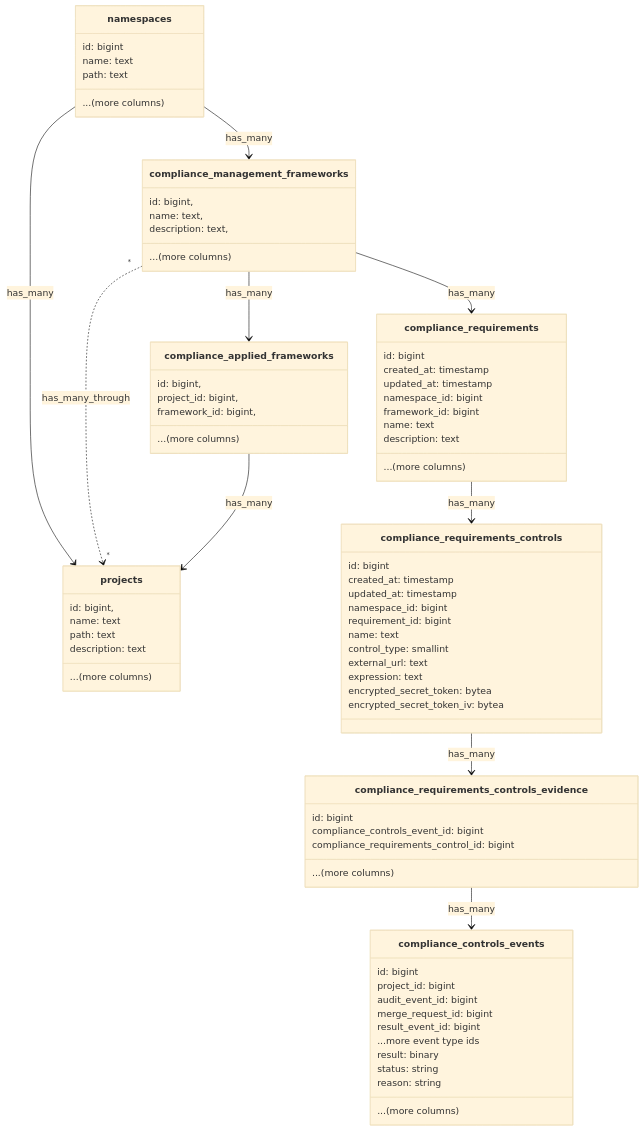
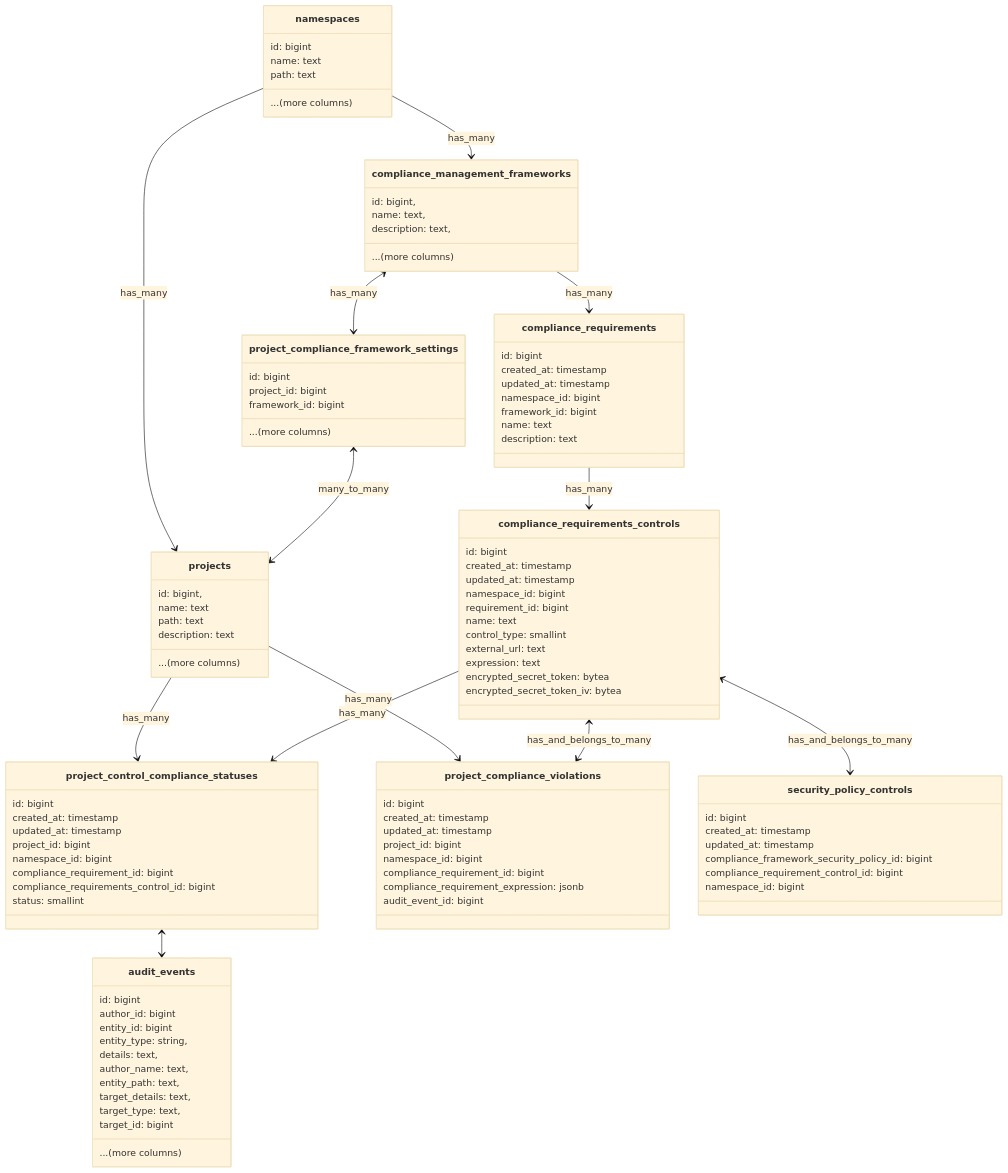
The first of 4 diagrams in content/handbook/engineering/architecture/design-documents/compliance-frameworks/_index.md (zalyoung/gitlab-handbook), drawn with Mermaid (base theme) before and after one commit. The commit also changed other lines of this file, not shown here.

Commit message:
Update database schema diagram
This updates the database schema diagram to
* include audit events and project_compliance_framework_settings tables
    This provides a more complete picture of the database schema.
* update the security_policy_requirements to security_policy_controls
    The policies are now associated with controls, not requirements.

````diff
--- a/content/handbook/engineering/architecture/design-documents/compliance-frameworks/_index.md
+++ b/content/handbook/engineering/architecture/design-documents/compliance-frameworks/_index.md
@@ -309,86 +309,113 @@
 ```mermaid
     classDiagram
-    class namespaces {
-        id: bigint
-        name: text
-        path: text
-        ...(more columns)
-    }
-    class projects {
-        id: bigint,
-        name: text
-        path: text
-        description: text
-        ...(more columns)
-    }
+        class namespaces {
+            id: bigint
+            name: text
+            path: text
+            ...(more columns)
+        }
+        class projects {
+            id: bigint,
+            name: text
+            path: text
+            description: text
+            ...(more columns)
+        }
 
-    class compliance_applied_frameworks {
-        id: bigint,
-        project_id: bigint,
-        framework_id: bigint,
-        ...(more columns)
-    }
+        class project_compliance_framework_settings {
+            id: bigint
+            project_id: bigint
+            framework_id: bigint
+            ...(more columns)
+        }
 
-    class compliance_management_frameworks {
-        id: bigint,
-        name: text,
-        description: text,
-        ...(more columns)
-    }
+        class compliance_management_frameworks {
+            id: bigint,
+            name: text,
+            description: text,
+            ...(more columns)
+        }
 
-    class compliance_requirements {
-        id: bigint
-        created_at: timestamp
-        updated_at: timestamp
-        namespace_id: bigint
-        framework_id: bigint
-        name: text
-        description: text
-        ...(more columns)
-    }
+        class compliance_requirements {
+            id: bigint
+            created_at: timestamp
+            updated_at: timestamp
+            namespace_id: bigint
+            framework_id: bigint
+            name: text
+            description: text
+        }
 
-    class compliance_requirements_controls {
-        id: bigint
-        created_at: timestamp
-        updated_at: timestamp
-        namespace_id: bigint
-        requirement_id: bigint
-        name: text
-        control_type: smallint
-        external_url: text
-        expression: text
-        encrypted_secret_token: bytea
-        encrypted_secret_token_iv: bytea
-    }
+        class compliance_requirements_controls {
+            id: bigint
+            created_at: timestamp
+            updated_at: timestamp
+            namespace_id: bigint
+            requirement_id: bigint
+            name: text
+            control_type: smallint
+            external_url: text
+            expression: text
+            encrypted_secret_token: bytea
+            encrypted_secret_token_iv: bytea
+        }
 
-    class compliance_requirements_controls_evidence {
-        id: bigint
-        compliance_controls_event_id: bigint
-        compliance_requirements_control_id: bigint
-        ...(more columns)
-    }
+        class project_control_compliance_statuses {
+            id: bigint
+            created_at: timestamp
+            updated_at: timestamp
+            project_id: bigint
+            namespace_id: bigint
+            compliance_requirement_id: bigint
+            compliance_requirements_control_id: bigint
+            status: smallint
+        }
 
-    class compliance_controls_events {
-        id: bigint
-        project_id: bigint
-        audit_event_id: bigint
-        merge_request_id: bigint
-        result_event_id: bigint
-        ...more event type ids
-        result: binary
-        status: string
-        reason: string
-        ...(more columns)
-    }
+        class project_compliance_violations {
+            id: bigint
+            created_at: timestamp
+            updated_at: timestamp
+            project_id: bigint
+            namespace_id: bigint
+            compliance_requirement_id: bigint
+            compliance_requirement_expression: jsonb
+            audit_event_id: bigint
+        }
 
-    compliance_management_frameworks --> compliance_applied_frameworks : has_many
-    compliance_applied_frameworks --> projects : has_many
-    compliance_management_frameworks --> compliance_requirements : has_many
-    compliance_management_frameworks "*" ..> "*" projects : has_many_through
-    compliance_requirements --> compliance_requirements_controls : has_many
-    projects <-- namespaces : has_many
-    namespaces --> compliance_management_frameworks : has_many
-    compliance_requirements_controls --> compliance_requirements_controls_evidence : has_many
-    compliance_requirements_controls_evidence --> compliance_controls_events : has_many
+        class security_policy_controls {
+            id: bigint
+            created_at: timestamp
+            updated_at: timestamp
+            compliance_framework_security_policy_id: bigint
+            compliance_requirement_control_id: bigint
+            namespace_id: bigint
+        }
 
+        class audit_events {
+            id: bigint
+            author_id: bigint
+            entity_id: bigint
+            entity_type: string,
+            details: text,
+            author_name: text,
+            entity_path: text,
+            target_details: text,
+            target_type: text,
+            target_id: bigint
+            ...(more columns)
+        }
+
+        namespaces --> projects  : has_many
+
+        compliance_management_frameworks <--> project_compliance_framework_settings : has_many
+        project_compliance_framework_settings <--> projects : many_to_many
+        namespaces --> compliance_management_frameworks : has_many
+        projects --> project_control_compliance_statuses : has_many
+        projects --> project_compliance_violations : has_many
+        compliance_management_frameworks --> compliance_requirements : has_many
+        compliance_requirements --> compliance_requirements_controls : has_many
+        compliance_requirements_controls --> project_control_compliance_statuses : has_many
+        compliance_requirements_controls <--> security_policy_controls : has_and_belongs_to_many
+        project_control_compliance_statuses <--> audit_events
+        compliance_requirements_controls <--> project_compliance_violations : has_and_belongs_to_many
 ```
````
